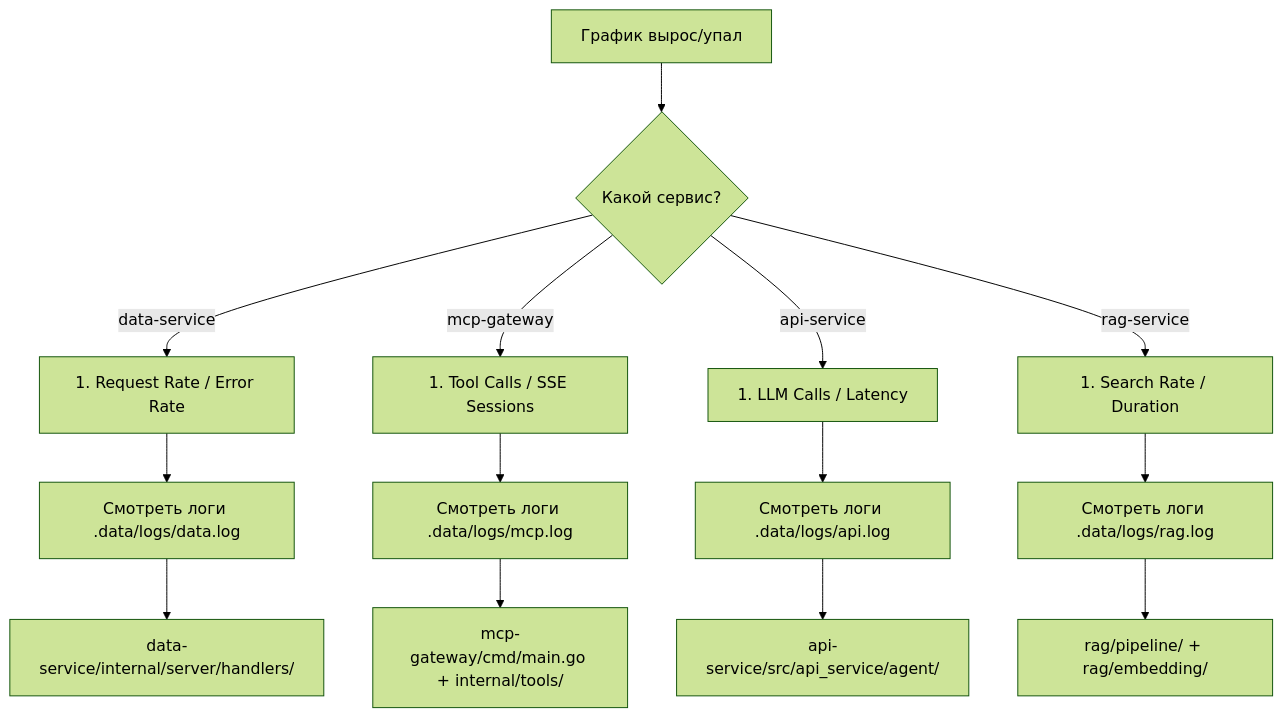
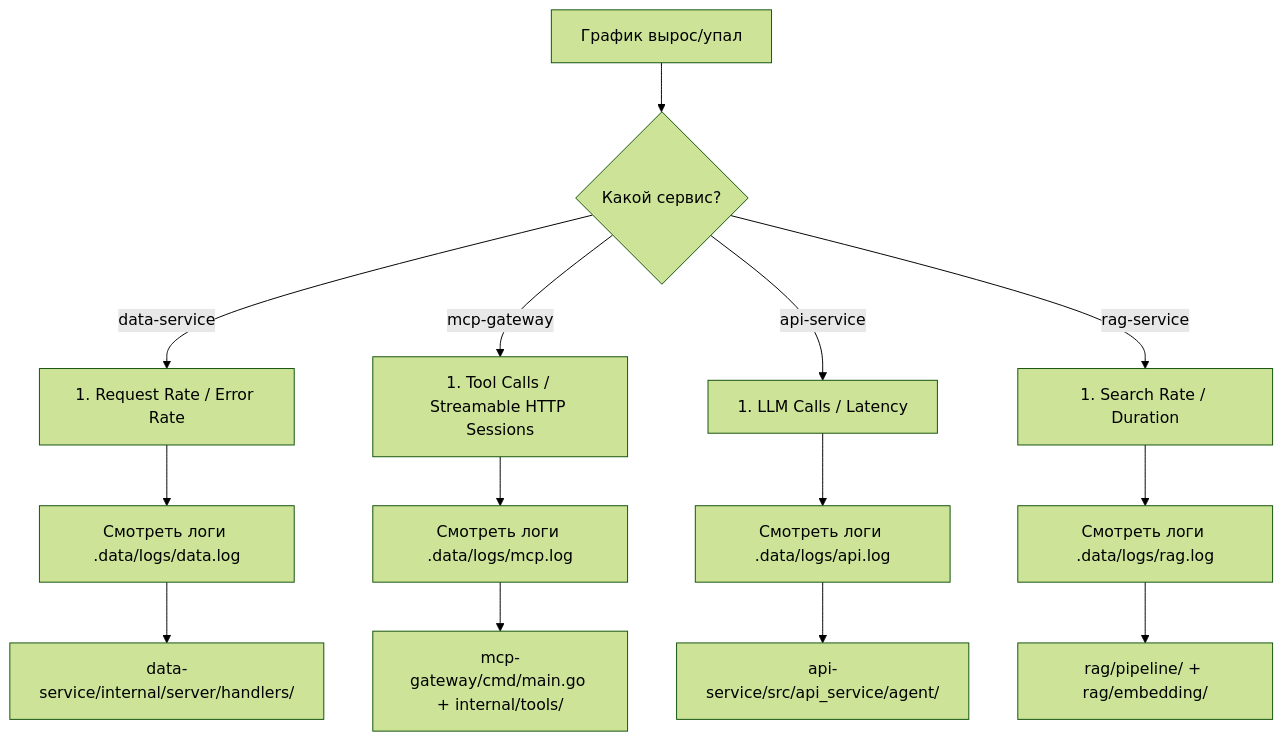
The diagram in doc/monitoring.md (trash2bin/helperium), drawn with Mermaid (forest theme) before and after one commit. The commit also changed other lines of this file and 12 other files, not shown here.

````diff
--- a/doc/monitoring.md
+++ b/doc/monitoring.md
@@ -206,19 +206,19 @@
 ```mermaid
 flowchart TD
     A[График вырос/упал] --> B{Какой сервис?}
 
     B -->|data-service| C[1. Request Rate / Error Rate]
-    B -->|mcp-gateway| D[1. Tool Calls / SSE Sessions]
+    B -->|mcp-gateway| D[1. Tool Calls / Streamable HTTP Sessions]
     B -->|api-service| E[1. LLM Calls / Latency]
     B -->|rag-service| F[1. Search Rate / Duration]
 
     C --> G[Смотреть логи .data/logs/data.log]
     D --> H[Смотреть логи .data/logs/mcp.log]
     E --> I[Смотреть логи .data/logs/api.log]
     F --> J[Смотреть логи .data/logs/rag.log]
 
     G --> K[data-service/internal/server/handlers/]
     H --> L[mcp-gateway/cmd/main.go + internal/tools/]
     I --> M[api-service/src/api_service/agent/]
     J --> N[rag/pipeline/ + rag/embedding/]
 ```
````
